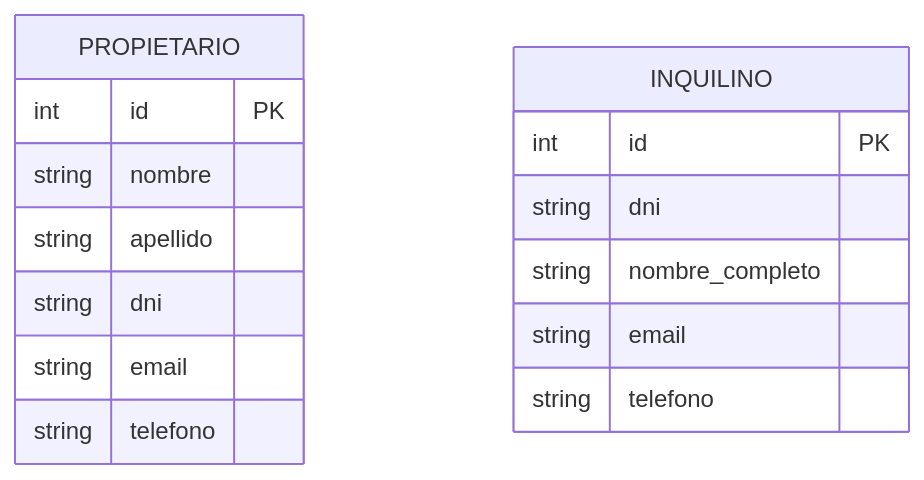
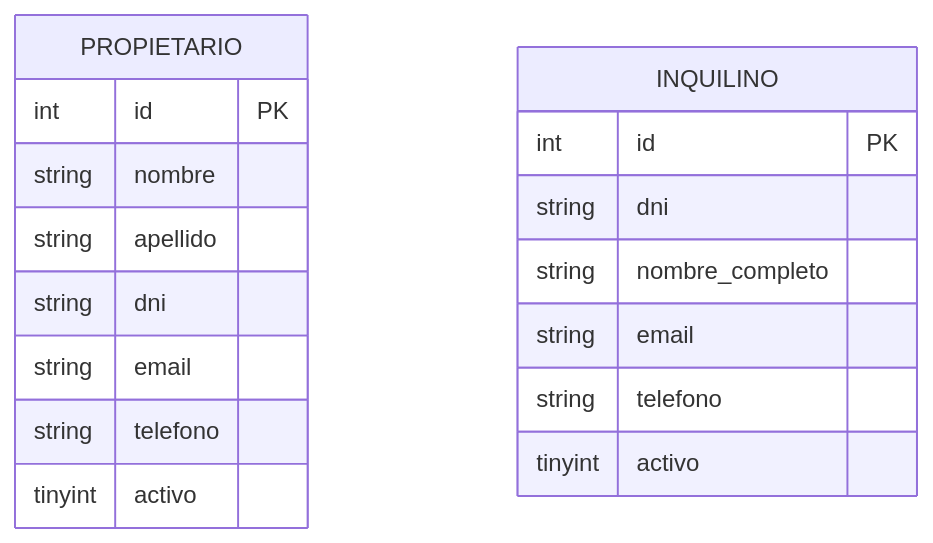
One commit to EmanuelAngel/inmobiliaria-angel changed the diagram in README.md. Above: the diagram before and after it, drawn with Mermaid.

Commit message:
docs(readme): actualizar DER con campo activo en propietario e inquilino

````diff
--- a/README.md
+++ b/README.md
@@ -94,19 +94,21 @@
 ```mermaid
 erDiagram
     PROPIETARIO {
         int id PK
         string nombre
         string apellido
         string dni
         string email
         string telefono
+        tinyint activo
     }
 
     INQUILINO {
         int id PK
         string dni
         string nombre_completo
         string email
         string telefono
+        tinyint activo
     }
 ```
````
